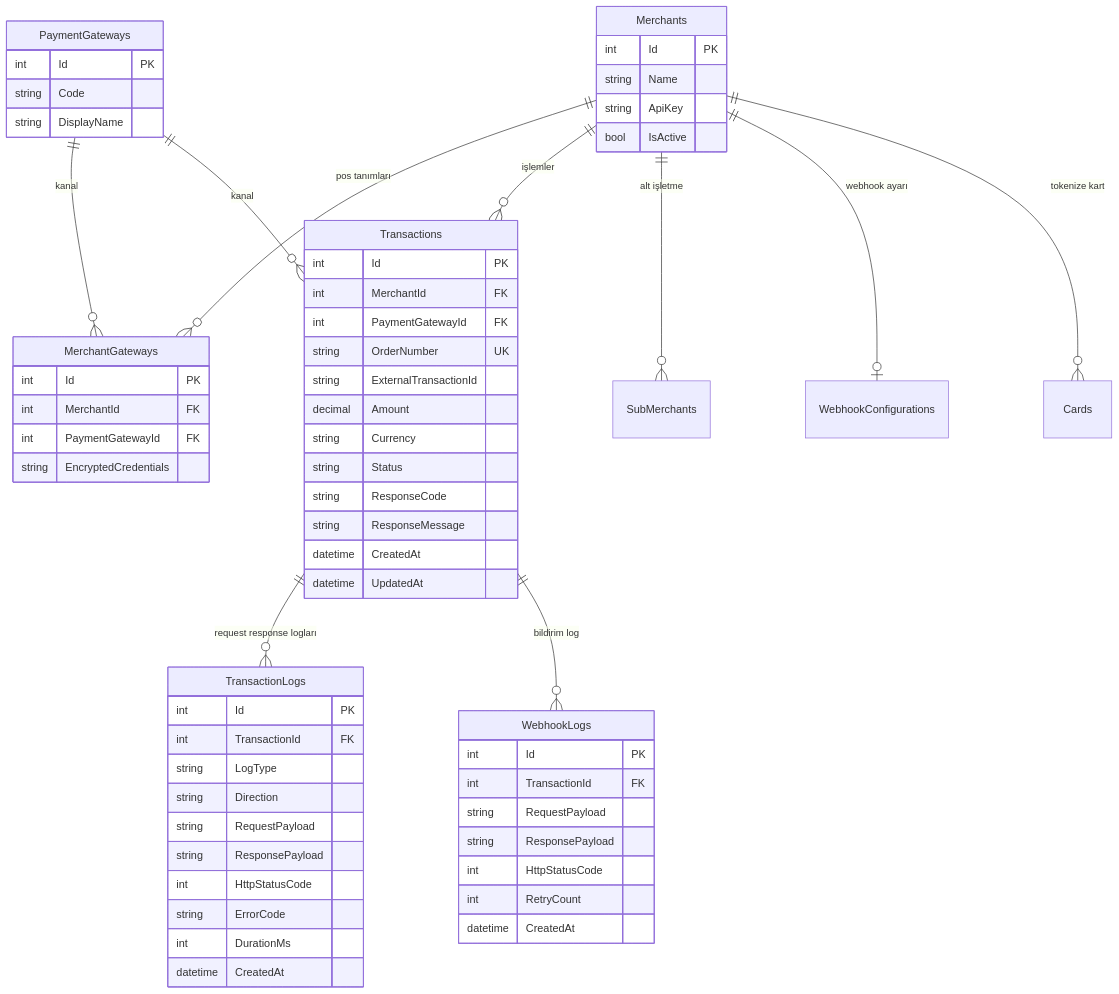
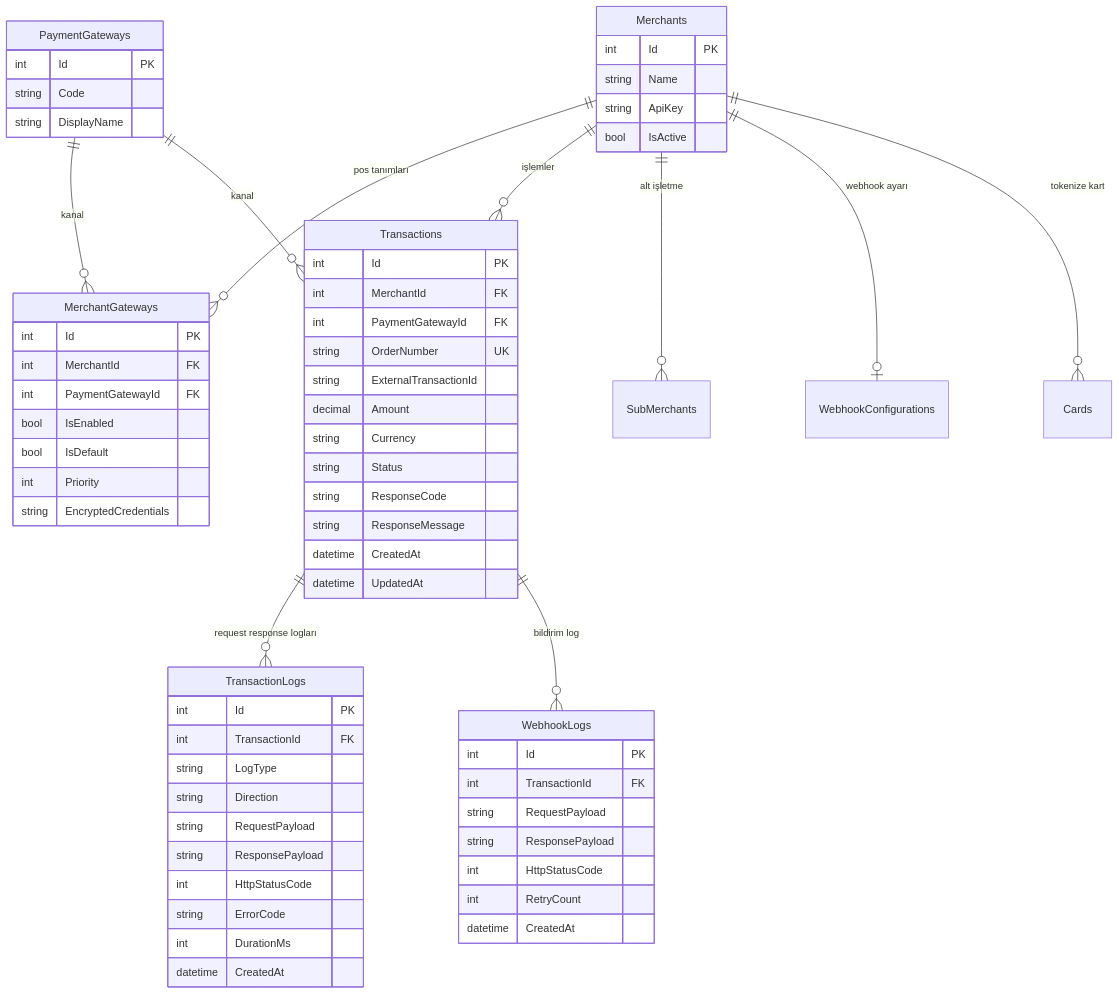
One commit to mehmetunal/tripay changed the tenth of 10 diagrams in docs/TriPay_Proje_Dokumani.md. Above: the diagram before and after it, drawn with Mermaid. The commit also changed other lines of this file and 21 other files, not shown here.

````diff
--- a/docs/TriPay_Proje_Dokumani.md
+++ b/docs/TriPay_Proje_Dokumani.md
@@ -784,65 +1032,68 @@
 ```mermaid
 erDiagram
     Merchants ||--o{ MerchantGateways : "pos tanımları"
     PaymentGateways ||--o{ MerchantGateways : "kanal"
     Merchants ||--o{ Transactions : "işlemler"
     PaymentGateways ||--o{ Transactions : "kanal"
     Merchants ||--o{ SubMerchants : "alt işletme"
     Merchants ||--o| WebhookConfigurations : "webhook ayarı"
     Transactions ||--o{ TransactionLogs : "request response logları"
     Merchants ||--o{ Cards : "tokenize kart"
     Transactions ||--o{ WebhookLogs : "bildirim log"
 
     Merchants {
         int Id PK
         string Name
         string ApiKey
         bool IsActive
     }
     PaymentGateways {
         int Id PK
         string Code
         string DisplayName
     }
     MerchantGateways {
         int Id PK
         int MerchantId FK
         int PaymentGatewayId FK
+        bool IsEnabled
+        bool IsDefault
+        int Priority
         string EncryptedCredentials
     }
     Transactions {
         int Id PK
         int MerchantId FK
         int PaymentGatewayId FK
         string OrderNumber UK
         string ExternalTransactionId
         decimal Amount
         string Currency
         string Status
         string ResponseCode
         string ResponseMessage
         datetime CreatedAt
         datetime UpdatedAt
     }
     TransactionLogs {
         int Id PK
         int TransactionId FK
         string LogType
         string Direction
         string RequestPayload
         string ResponsePayload
         int HttpStatusCode
         string ErrorCode
         int DurationMs
         datetime CreatedAt
     }
     WebhookLogs {
         int Id PK
         int TransactionId FK
         string RequestPayload
         string ResponsePayload
         int HttpStatusCode
         int RetryCount
         datetime CreatedAt
     }
 ```
````
